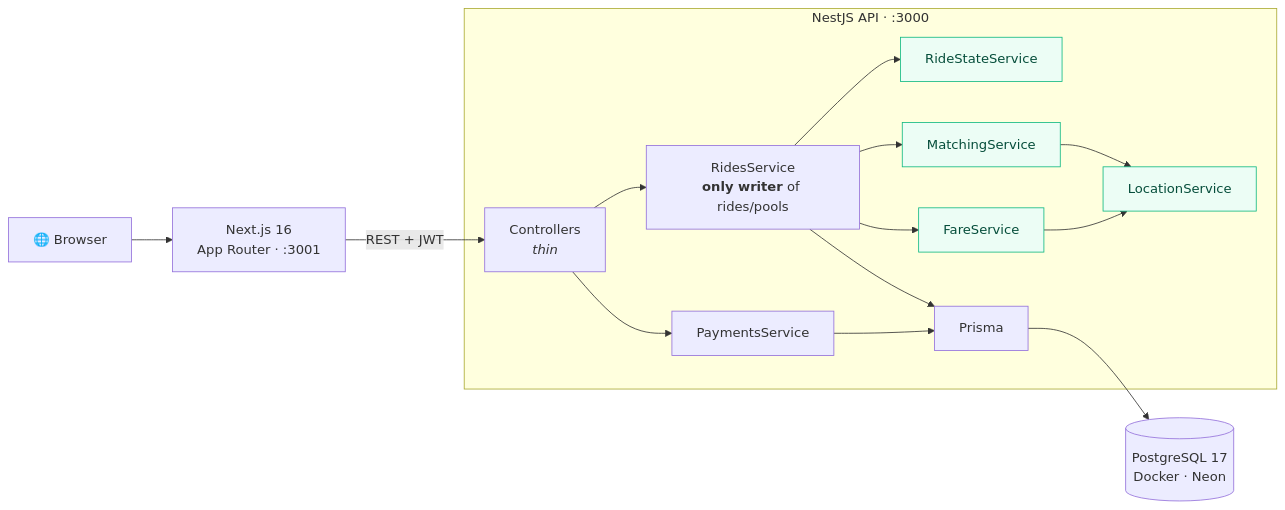
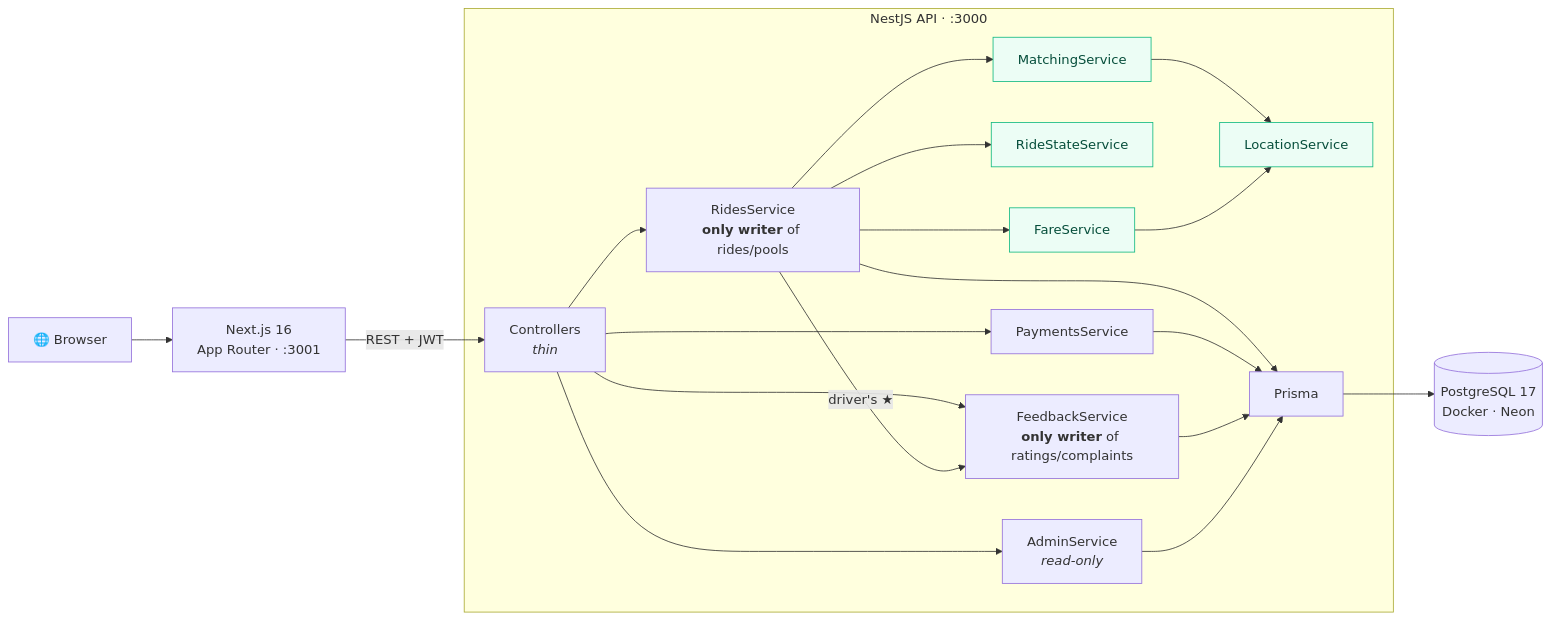
Before and after one commit to kaizen2112/Dhaka-Tesla-Pool: the second of 10 diagrams in README.md, drawn with Mermaid. The commit also changed other lines of this file and 15 other files, not shown here.

````diff
--- a/README.md
+++ b/README.md
@@ -119,22 +127,27 @@
 ```mermaid
 flowchart LR
     B["🌐 Browser"] --> FE["Next.js 16<br/>App Router · :3001"]
     FE -- "REST + JWT" --> C
 
     subgraph API["NestJS API · :3000"]
         C["Controllers<br/><i>thin</i>"] --> RS["RidesService<br/><b>only writer</b> of rides/pools"]
         C --> PS["PaymentsService"]
         RS --> ST["RideStateService"]
         RS --> MS["MatchingService"]
         RS --> FS["FareService"]
         MS --> LS["LocationService"]
         FS --> LS
+        C --> FB["FeedbackService<br/><b>only writer</b> of ratings/complaints"]
+        C --> AD["AdminService<br/><i>read-only</i>"]
+        RS -- "driver's ★" --> FB
         RS --> PR["Prisma"]
         PS --> PR
+        FB --> PR
+        AD --> PR
     end
 
     PR --> DB[("PostgreSQL 17<br/>Docker · Neon")]
 
     classDef pure fill:#ecfdf5,stroke:#10b981,color:#064e3b
     class ST,MS,FS,LS pure
 ```
````
